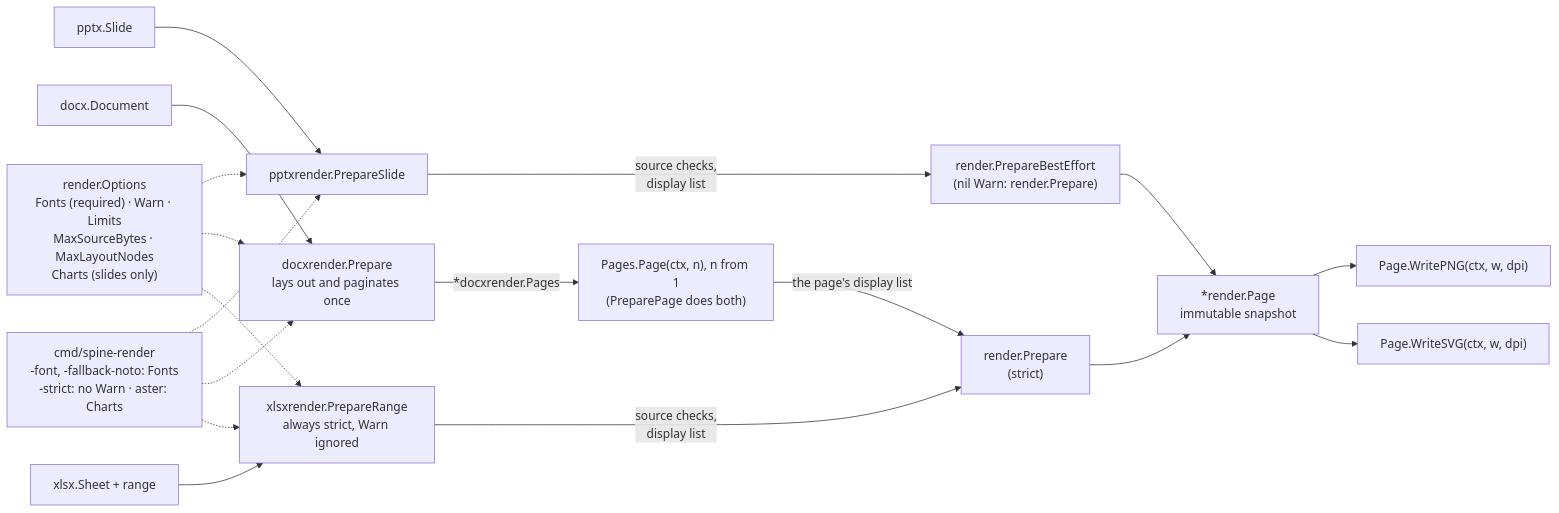
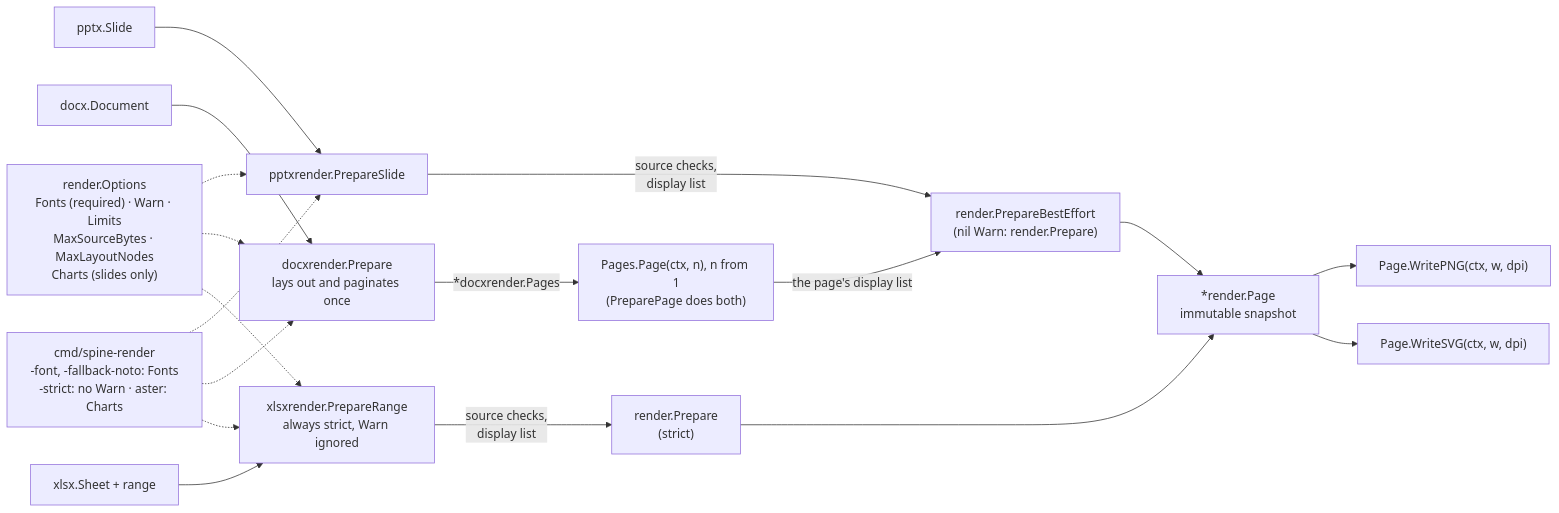
Before and after one commit to mgilbir/spine: the first of 2 diagrams in docs/rendering.md, drawn with Mermaid. The commit also changed other lines of this file and 4 other files, not shown here.

````diff
--- a/docs/rendering.md
+++ b/docs/rendering.md
@@ -19,20 +19,20 @@
 ```mermaid
 flowchart LR
     S["pptx.Slide"] --> PS["pptxrender.PrepareSlide"]
     D["docx.Document"] --> DP["docxrender.Prepare<br/>lays out and paginates once"]
     DP -- "*docxrender.Pages" --> PG["Pages.Page(ctx, n), n from 1<br/>(PreparePage does both)"]
     X["xlsx.Sheet + range"] --> XR["xlsxrender.PrepareRange<br/>always strict, Warn ignored"]
     O["render.Options<br/>Fonts (required) · Warn · Limits<br/>MaxSourceBytes · MaxLayoutNodes<br/>Charts (slides only)"] -.-> PS
     O -.-> DP
     O -.-> XR
     PS -- "source checks,<br/>display list" --> BE["render.PrepareBestEffort<br/>(nil Warn: render.Prepare)"]
-    PG -- "the page's display list" --> RP["render.Prepare<br/>(strict)"]
-    XR -- "source checks,<br/>display list" --> RP
+    PG -- "the page's display list" --> BE
+    XR -- "source checks,<br/>display list" --> RP["render.Prepare<br/>(strict)"]
     BE --> P["*render.Page<br/>immutable snapshot"]
     RP --> P
     P --> PNG["Page.WritePNG(ctx, w, dpi)"]
     P --> SVG["Page.WriteSVG(ctx, w, dpi)"]
     CLI["cmd/spine-render<br/>-font, -fallback-noto: Fonts<br/>-strict: no Warn · aster: Charts"] -.-> PS
     CLI -.-> DP
     CLI -.-> XR
 ```
````
